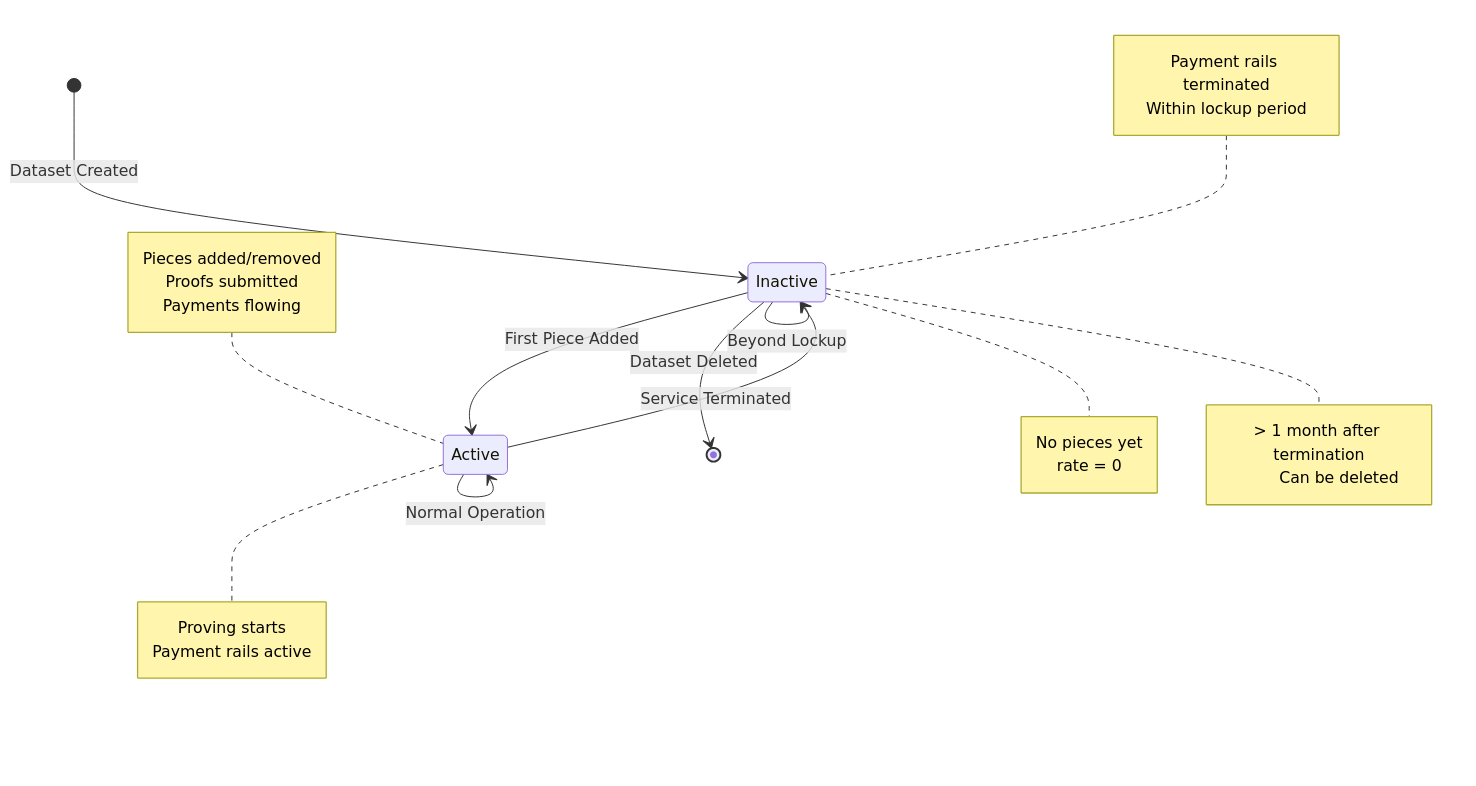
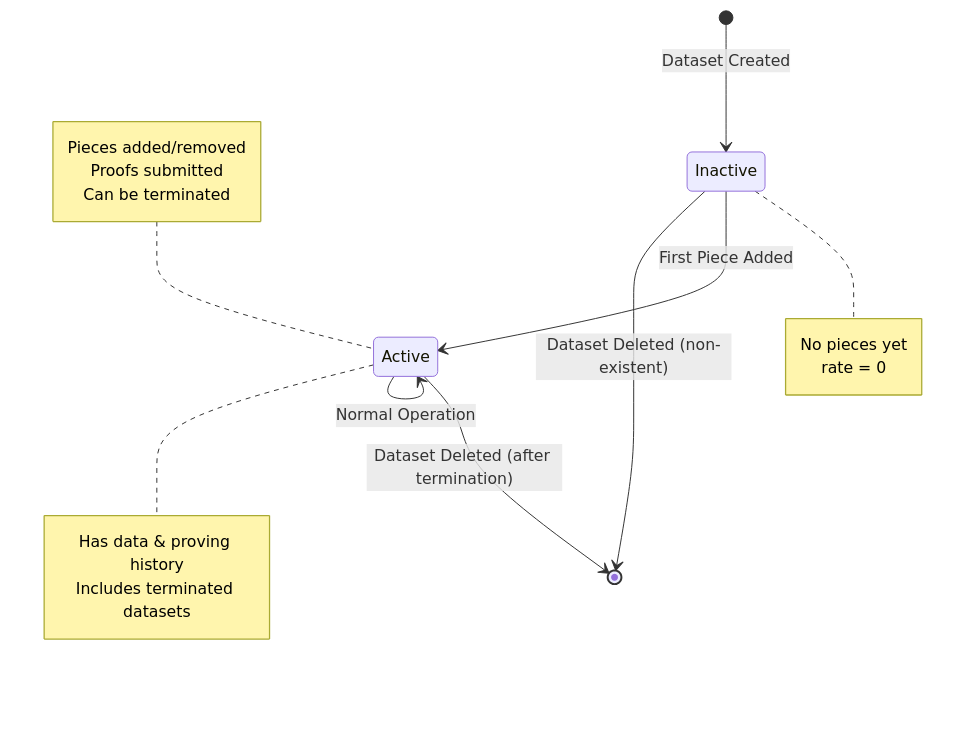
One commit to FilOzone/filecoin-services changed the diagram in service_contracts/docs/dataset-lifecycle.md. Above: the diagram before and after it, drawn with Mermaid. The commit also changed other lines of this file and 7 other files, not shown here.

First line of the commit message:
feat!: simplify dataset status to two-state lifecycle (Inactive/Active)

````diff
--- a/service_contracts/docs/dataset-lifecycle.md
+++ b/service_contracts/docs/dataset-lifecycle.md
@@ -45,35 +37,24 @@
 ```mermaid
 stateDiagram-v2
     [*] --> Inactive: Dataset Created
     note right of Inactive
         No pieces yet
         rate = 0
     end note
     
     Inactive --> Active: First Piece Added
     note right of Active
-        Proving starts
-        Payment rails active
+        Has data & proving history
+        Includes terminated datasets
     end note
     
     Active --> Active: Normal Operation
     note left of Active
         Pieces added/removed
         Proofs submitted
-        Payments flowing
+        Can be terminated
     end note
     
-    Active --> Inactive: Service Terminated
-    note left of Inactive
-        Payment rails terminated
-        Within lockup period
-    end note
-    
-    Inactive --> Inactive: Beyond Lockup
-    note right of Inactive
-        > 1 month after termination
-        Can be deleted
-    end note
-    
-    Inactive --> [*]: Dataset Deleted
+    Inactive --> [*]: Dataset Deleted (non-existent)
+    Active --> [*]: Dataset Deleted (after termination)
 ```
````
